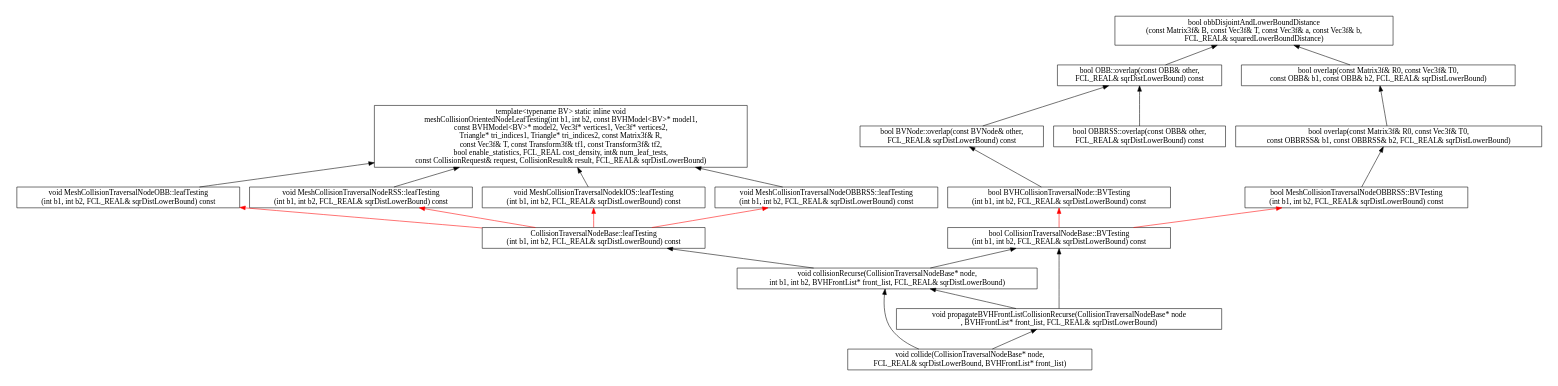
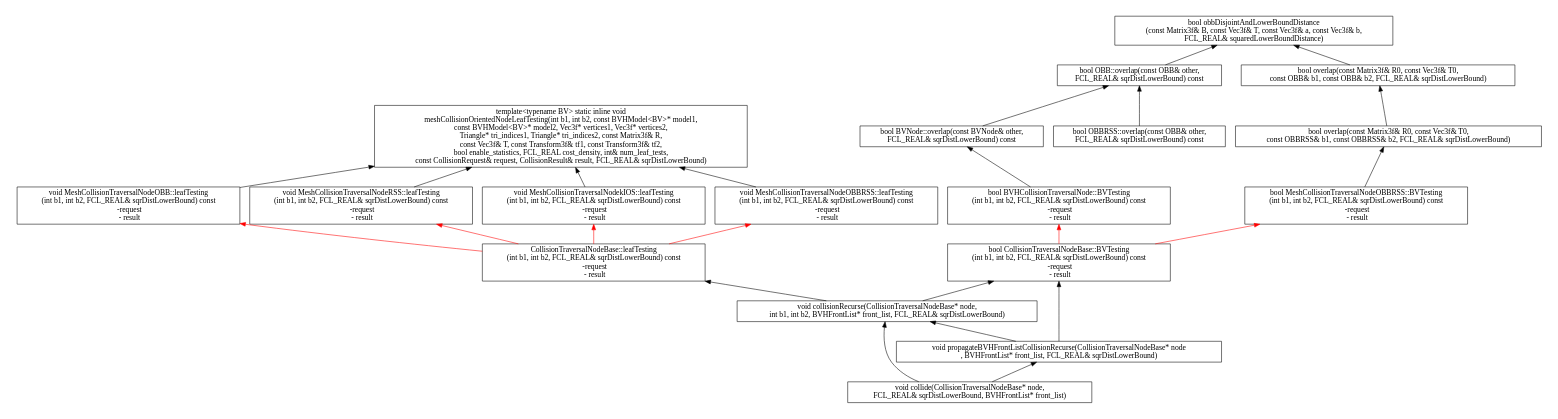
One commit to humanoid-path-planner/hpp-fcl changed the diagram in doc/collision-call.dot. Above: the diagram before and after it, drawn with Graphviz.

Commit message:
Add information about collision request and result in collision-call graph.

```diff
--- a/doc/collision-call.dot
+++ b/doc/collision-call.dot
@@ -9,18 +9,18 @@
         "bool overlap(const Matrix3f& R0, const Vec3f& T0,\n const OBB& b1, const OBB& b2, FCL_REAL& sqrDistLowerBound)" [shape = box]
         "bool overlap(const Matrix3f& R0, const Vec3f& T0,\n const OBBRSS& b1, const OBBRSS& b2, FCL_REAL& sqrDistLowerBound)" [shape = box]
         "bool BVNode::overlap(const BVNode& other,\nFCL_REAL& sqrDistLowerBound) const" [shape = box]
-        "bool BVHCollisionTraversalNode::BVTesting\n(int b1, int b2, FCL_REAL& sqrDistLowerBound) const" [shape = box]
-        "bool CollisionTraversalNodeBase::BVTesting\n(int b1, int b2, FCL_REAL& sqrDistLowerBound) const" [shape = box]
+        "bool BVHCollisionTraversalNode::BVTesting\n(int b1, int b2, FCL_REAL& sqrDistLowerBound) const\n  -request\n  - result" [shape = box]
+        "bool CollisionTraversalNodeBase::BVTesting\n(int b1, int b2, FCL_REAL& sqrDistLowerBound) const\n  -request\n  - result" [shape = box]
         "void collide(CollisionTraversalNodeBase* node,\n FCL_REAL& sqrDistLowerBound, BVHFrontList* front_list)" [shape = box]
         "void collisionRecurse(CollisionTraversalNodeBase* node,\n int b1, int b2, BVHFrontList* front_list, FCL_REAL& sqrDistLowerBound)" [shape = box]
         "void propagateBVHFrontListCollisionRecurse(CollisionTraversalNodeBase* node\n, BVHFrontList* front_list, FCL_REAL& sqrDistLowerBound)" [shape = box]
         "template<typename BV> static inline void\n meshCollisionOrientedNodeLeafTesting(int b1, int b2, const BVHModel<BV>* model1,\n const BVHModel<BV>* model2, Vec3f* vertices1, Vec3f* vertices2,\n Triangle* tri_indices1, Triangle* tri_indices2, const Matrix3f& R,\n const Vec3f& T, const Transform3f& tf1, const Transform3f& tf2,\n bool enable_statistics, FCL_REAL cost_density, int& num_leaf_tests,\n const CollisionRequest& request, CollisionResult& result, FCL_REAL& sqrDistLowerBound)" [shape = box]
-        "void MeshCollisionTraversalNodeOBB::leafTesting\n(int b1, int b2, FCL_REAL& sqrDistLowerBound) const" [shape = box]
-        "void MeshCollisionTraversalNodeRSS::leafTesting\n(int b1, int b2, FCL_REAL& sqrDistLowerBound) const" [shape = box]
-        "void MeshCollisionTraversalNodekIOS::leafTesting\n(int b1, int b2, FCL_REAL& sqrDistLowerBound) const" [shape = box]
-        "bool MeshCollisionTraversalNodeOBBRSS::BVTesting\n(int b1, int b2, FCL_REAL& sqrDistLowerBound) const" [shape = box]
-        "void MeshCollisionTraversalNodeOBBRSS::leafTesting\n(int b1, int b2, FCL_REAL& sqrDistLowerBound) const" [shape = box]
-        "CollisionTraversalNodeBase::leafTesting\n(int b1, int b2, FCL_REAL& sqrDistLowerBound) const" [shape = box]
+        "void MeshCollisionTraversalNodeOBB::leafTesting\n(int b1, int b2, FCL_REAL& sqrDistLowerBound) const\n  -request\n  - result" [shape = box]
+        "void MeshCollisionTraversalNodeRSS::leafTesting\n(int b1, int b2, FCL_REAL& sqrDistLowerBound) const\n  -request\n  - result" [shape = box]
+        "void MeshCollisionTraversalNodekIOS::leafTesting\n(int b1, int b2, FCL_REAL& sqrDistLowerBound) const\n  -request\n  - result" [shape = box]
+        "bool MeshCollisionTraversalNodeOBBRSS::BVTesting\n(int b1, int b2, FCL_REAL& sqrDistLowerBound) const\n  -request\n  - result" [shape = box]
+        "void MeshCollisionTraversalNodeOBBRSS::leafTesting\n(int b1, int b2, FCL_REAL& sqrDistLowerBound) const\n  -request\n  - result" [shape = box]
+        "CollisionTraversalNodeBase::leafTesting\n(int b1, int b2, FCL_REAL& sqrDistLowerBound) const\n  -request\n  - result" [shape = box]
         "bool obbDisjointAndLowerBoundDistance\n(const Matrix3f& B, const Vec3f& T, const Vec3f& a, const Vec3f& b,\n FCL_REAL& squaredLowerBoundDistance)" [shape = box]
 
         "bool OBB::overlap(const OBB& other,\nFCL_REAL& sqrDistLowerBound) const" -> "bool obbDisjointAndLowerBoundDistance\n(const Matrix3f& B, const Vec3f& T, const Vec3f& a, const Vec3f& b,\n FCL_REAL& squaredLowerBoundDistance)"
@@ -28,22 +28,22 @@
         "bool overlap(const Matrix3f& R0, const Vec3f& T0,\n const OBBRSS& b1, const OBBRSS& b2, FCL_REAL& sqrDistLowerBound)" -> "bool overlap(const Matrix3f& R0, const Vec3f& T0,\n const OBB& b1, const OBB& b2, FCL_REAL& sqrDistLowerBound)"
         "void collide(CollisionTraversalNodeBase* node,\n FCL_REAL& sqrDistLowerBound, BVHFrontList* front_list)"-> "void propagateBVHFrontListCollisionRecurse(CollisionTraversalNodeBase* node\n, BVHFrontList* front_list, FCL_REAL& sqrDistLowerBound)"
         "void collide(CollisionTraversalNodeBase* node,\n FCL_REAL& sqrDistLowerBound, BVHFrontList* front_list)" -> "void collisionRecurse(CollisionTraversalNodeBase* node,\n int b1, int b2, BVHFrontList* front_list, FCL_REAL& sqrDistLowerBound)"
-        "void collisionRecurse(CollisionTraversalNodeBase* node,\n int b1, int b2, BVHFrontList* front_list, FCL_REAL& sqrDistLowerBound)" -> "bool CollisionTraversalNodeBase::BVTesting\n(int b1, int b2, FCL_REAL& sqrDistLowerBound) const"
-        "void collisionRecurse(CollisionTraversalNodeBase* node,\n int b1, int b2, BVHFrontList* front_list, FCL_REAL& sqrDistLowerBound)" -> "CollisionTraversalNodeBase::leafTesting\n(int b1, int b2, FCL_REAL& sqrDistLowerBound) const"
+        "void collisionRecurse(CollisionTraversalNodeBase* node,\n int b1, int b2, BVHFrontList* front_list, FCL_REAL& sqrDistLowerBound)" -> "bool CollisionTraversalNodeBase::BVTesting\n(int b1, int b2, FCL_REAL& sqrDistLowerBound) const\n  -request\n  - result"
+        "void collisionRecurse(CollisionTraversalNodeBase* node,\n int b1, int b2, BVHFrontList* front_list, FCL_REAL& sqrDistLowerBound)" -> "CollisionTraversalNodeBase::leafTesting\n(int b1, int b2, FCL_REAL& sqrDistLowerBound) const\n  -request\n  - result"
         "void propagateBVHFrontListCollisionRecurse(CollisionTraversalNodeBase* node\n, BVHFrontList* front_list, FCL_REAL& sqrDistLowerBound)" -> "void collisionRecurse(CollisionTraversalNodeBase* node,\n int b1, int b2, BVHFrontList* front_list, FCL_REAL& sqrDistLowerBound)"
-        "void propagateBVHFrontListCollisionRecurse(CollisionTraversalNodeBase* node\n, BVHFrontList* front_list, FCL_REAL& sqrDistLowerBound)" -> "bool CollisionTraversalNodeBase::BVTesting\n(int b1, int b2, FCL_REAL& sqrDistLowerBound) const"
-        "void MeshCollisionTraversalNodeOBB::leafTesting\n(int b1, int b2, FCL_REAL& sqrDistLowerBound) const"-> "template<typename BV> static inline void\n meshCollisionOrientedNodeLeafTesting(int b1, int b2, const BVHModel<BV>* model1,\n const BVHModel<BV>* model2, Vec3f* vertices1, Vec3f* vertices2,\n Triangle* tri_indices1, Triangle* tri_indices2, const Matrix3f& R,\n const Vec3f& T, const Transform3f& tf1, const Transform3f& tf2,\n bool enable_statistics, FCL_REAL cost_density, int& num_leaf_tests,\n const CollisionRequest& request, CollisionResult& result, FCL_REAL& sqrDistLowerBound)"
-      "void MeshCollisionTraversalNodeRSS::leafTesting\n(int b1, int b2, FCL_REAL& sqrDistLowerBound) const" -> "template<typename BV> static inline void\n meshCollisionOrientedNodeLeafTesting(int b1, int b2, const BVHModel<BV>* model1,\n const BVHModel<BV>* model2, Vec3f* vertices1, Vec3f* vertices2,\n Triangle* tri_indices1, Triangle* tri_indices2, const Matrix3f& R,\n const Vec3f& T, const Transform3f& tf1, const Transform3f& tf2,\n bool enable_statistics, FCL_REAL cost_density, int& num_leaf_tests,\n const CollisionRequest& request, CollisionResult& result, FCL_REAL& sqrDistLowerBound)"
-      "void MeshCollisionTraversalNodekIOS::leafTesting\n(int b1, int b2, FCL_REAL& sqrDistLowerBound) const" -> "template<typename BV> static inline void\n meshCollisionOrientedNodeLeafTesting(int b1, int b2, const BVHModel<BV>* model1,\n const BVHModel<BV>* model2, Vec3f* vertices1, Vec3f* vertices2,\n Triangle* tri_indices1, Triangle* tri_indices2, const Matrix3f& R,\n const Vec3f& T, const Transform3f& tf1, const Transform3f& tf2,\n bool enable_statistics, FCL_REAL cost_density, int& num_leaf_tests,\n const CollisionRequest& request, CollisionResult& result, FCL_REAL& sqrDistLowerBound)"
-"bool MeshCollisionTraversalNodeOBBRSS::BVTesting\n(int b1, int b2, FCL_REAL& sqrDistLowerBound) const" -> "bool overlap(const Matrix3f& R0, const Vec3f& T0,\n const OBBRSS& b1, const OBBRSS& b2, FCL_REAL& sqrDistLowerBound)"
-      "void MeshCollisionTraversalNodeOBBRSS::leafTesting\n(int b1, int b2, FCL_REAL& sqrDistLowerBound) const" -> "template<typename BV> static inline void\n meshCollisionOrientedNodeLeafTesting(int b1, int b2, const BVHModel<BV>* model1,\n const BVHModel<BV>* model2, Vec3f* vertices1, Vec3f* vertices2,\n Triangle* tri_indices1, Triangle* tri_indices2, const Matrix3f& R,\n const Vec3f& T, const Transform3f& tf1, const Transform3f& tf2,\n bool enable_statistics, FCL_REAL cost_density, int& num_leaf_tests,\n const CollisionRequest& request, CollisionResult& result, FCL_REAL& sqrDistLowerBound)"
-      "bool CollisionTraversalNodeBase::BVTesting\n(int b1, int b2, FCL_REAL& sqrDistLowerBound) const" -> "bool MeshCollisionTraversalNodeOBBRSS::BVTesting\n(int b1, int b2, FCL_REAL& sqrDistLowerBound) const" [color=red]
-      "CollisionTraversalNodeBase::leafTesting\n(int b1, int b2, FCL_REAL& sqrDistLowerBound) const" -> "void MeshCollisionTraversalNodeOBB::leafTesting\n(int b1, int b2, FCL_REAL& sqrDistLowerBound) const" [color=red]
-      "CollisionTraversalNodeBase::leafTesting\n(int b1, int b2, FCL_REAL& sqrDistLowerBound) const" -> "void MeshCollisionTraversalNodeRSS::leafTesting\n(int b1, int b2, FCL_REAL& sqrDistLowerBound) const" [color=red]
-      "CollisionTraversalNodeBase::leafTesting\n(int b1, int b2, FCL_REAL& sqrDistLowerBound) const" -> "void MeshCollisionTraversalNodekIOS::leafTesting\n(int b1, int b2, FCL_REAL& sqrDistLowerBound) const" [color=red]
-      "CollisionTraversalNodeBase::leafTesting\n(int b1, int b2, FCL_REAL& sqrDistLowerBound) const" -> "void MeshCollisionTraversalNodeOBBRSS::leafTesting\n(int b1, int b2, FCL_REAL& sqrDistLowerBound) const" [color=red]
-      "bool CollisionTraversalNodeBase::BVTesting\n(int b1, int b2, FCL_REAL& sqrDistLowerBound) const" -> "bool BVHCollisionTraversalNode::BVTesting\n(int b1, int b2, FCL_REAL& sqrDistLowerBound) const" [color = red]
+        "void propagateBVHFrontListCollisionRecurse(CollisionTraversalNodeBase* node\n, BVHFrontList* front_list, FCL_REAL& sqrDistLowerBound)" -> "bool CollisionTraversalNodeBase::BVTesting\n(int b1, int b2, FCL_REAL& sqrDistLowerBound) const\n  -request\n  - result"
+        "void MeshCollisionTraversalNodeOBB::leafTesting\n(int b1, int b2, FCL_REAL& sqrDistLowerBound) const\n  -request\n  - result"-> "template<typename BV> static inline void\n meshCollisionOrientedNodeLeafTesting(int b1, int b2, const BVHModel<BV>* model1,\n const BVHModel<BV>* model2, Vec3f* vertices1, Vec3f* vertices2,\n Triangle* tri_indices1, Triangle* tri_indices2, const Matrix3f& R,\n const Vec3f& T, const Transform3f& tf1, const Transform3f& tf2,\n bool enable_statistics, FCL_REAL cost_density, int& num_leaf_tests,\n const CollisionRequest& request, CollisionResult& result, FCL_REAL& sqrDistLowerBound)"
+      "void MeshCollisionTraversalNodeRSS::leafTesting\n(int b1, int b2, FCL_REAL& sqrDistLowerBound) const\n  -request\n  - result" -> "template<typename BV> static inline void\n meshCollisionOrientedNodeLeafTesting(int b1, int b2, const BVHModel<BV>* model1,\n const BVHModel<BV>* model2, Vec3f* vertices1, Vec3f* vertices2,\n Triangle* tri_indices1, Triangle* tri_indices2, const Matrix3f& R,\n const Vec3f& T, const Transform3f& tf1, const Transform3f& tf2,\n bool enable_statistics, FCL_REAL cost_density, int& num_leaf_tests,\n const CollisionRequest& request, CollisionResult& result, FCL_REAL& sqrDistLowerBound)"
+      "void MeshCollisionTraversalNodekIOS::leafTesting\n(int b1, int b2, FCL_REAL& sqrDistLowerBound) const\n  -request\n  - result" -> "template<typename BV> static inline void\n meshCollisionOrientedNodeLeafTesting(int b1, int b2, const BVHModel<BV>* model1,\n const BVHModel<BV>* model2, Vec3f* vertices1, Vec3f* vertices2,\n Triangle* tri_indices1, Triangle* tri_indices2, const Matrix3f& R,\n const Vec3f& T, const Transform3f& tf1, const Transform3f& tf2,\n bool enable_statistics, FCL_REAL cost_density, int& num_leaf_tests,\n const CollisionRequest& request, CollisionResult& result, FCL_REAL& sqrDistLowerBound)"
+"bool MeshCollisionTraversalNodeOBBRSS::BVTesting\n(int b1, int b2, FCL_REAL& sqrDistLowerBound) const\n  -request\n  - result" -> "bool overlap(const Matrix3f& R0, const Vec3f& T0,\n const OBBRSS& b1, const OBBRSS& b2, FCL_REAL& sqrDistLowerBound)"
+      "void MeshCollisionTraversalNodeOBBRSS::leafTesting\n(int b1, int b2, FCL_REAL& sqrDistLowerBound) const\n  -request\n  - result" -> "template<typename BV> static inline void\n meshCollisionOrientedNodeLeafTesting(int b1, int b2, const BVHModel<BV>* model1,\n const BVHModel<BV>* model2, Vec3f* vertices1, Vec3f* vertices2,\n Triangle* tri_indices1, Triangle* tri_indices2, const Matrix3f& R,\n const Vec3f& T, const Transform3f& tf1, const Transform3f& tf2,\n bool enable_statistics, FCL_REAL cost_density, int& num_leaf_tests,\n const CollisionRequest& request, CollisionResult& result, FCL_REAL& sqrDistLowerBound)"
+      "bool CollisionTraversalNodeBase::BVTesting\n(int b1, int b2, FCL_REAL& sqrDistLowerBound) const\n  -request\n  - result" -> "bool MeshCollisionTraversalNodeOBBRSS::BVTesting\n(int b1, int b2, FCL_REAL& sqrDistLowerBound) const\n  -request\n  - result" [color=red]
+      "CollisionTraversalNodeBase::leafTesting\n(int b1, int b2, FCL_REAL& sqrDistLowerBound) const\n  -request\n  - result" -> "void MeshCollisionTraversalNodeOBB::leafTesting\n(int b1, int b2, FCL_REAL& sqrDistLowerBound) const\n  -request\n  - result" [color=red]
+      "CollisionTraversalNodeBase::leafTesting\n(int b1, int b2, FCL_REAL& sqrDistLowerBound) const\n  -request\n  - result" -> "void MeshCollisionTraversalNodeRSS::leafTesting\n(int b1, int b2, FCL_REAL& sqrDistLowerBound) const\n  -request\n  - result" [color=red]
+      "CollisionTraversalNodeBase::leafTesting\n(int b1, int b2, FCL_REAL& sqrDistLowerBound) const\n  -request\n  - result" -> "void MeshCollisionTraversalNodekIOS::leafTesting\n(int b1, int b2, FCL_REAL& sqrDistLowerBound) const\n  -request\n  - result" [color=red]
+      "CollisionTraversalNodeBase::leafTesting\n(int b1, int b2, FCL_REAL& sqrDistLowerBound) const\n  -request\n  - result" -> "void MeshCollisionTraversalNodeOBBRSS::leafTesting\n(int b1, int b2, FCL_REAL& sqrDistLowerBound) const\n  -request\n  - result" [color=red]
+      "bool CollisionTraversalNodeBase::BVTesting\n(int b1, int b2, FCL_REAL& sqrDistLowerBound) const\n  -request\n  - result" -> "bool BVHCollisionTraversalNode::BVTesting\n(int b1, int b2, FCL_REAL& sqrDistLowerBound) const\n  -request\n  - result" [color = red]
       "bool OBBRSS::overlap(const OBB& other,\nFCL_REAL& sqrDistLowerBound) const" -> "bool OBB::overlap(const OBB& other,\nFCL_REAL& sqrDistLowerBound) const"
       "bool BVNode::overlap(const BVNode& other,\nFCL_REAL& sqrDistLowerBound) const" -> "bool OBB::overlap(const OBB& other,\nFCL_REAL& sqrDistLowerBound) const"
-      "bool BVHCollisionTraversalNode::BVTesting\n(int b1, int b2, FCL_REAL& sqrDistLowerBound) const" -> "bool BVNode::overlap(const BVNode& other,\nFCL_REAL& sqrDistLowerBound) const"
+      "bool BVHCollisionTraversalNode::BVTesting\n(int b1, int b2, FCL_REAL& sqrDistLowerBound) const\n  -request\n  - result" -> "bool BVNode::overlap(const BVNode& other,\nFCL_REAL& sqrDistLowerBound) const"
 }
```
